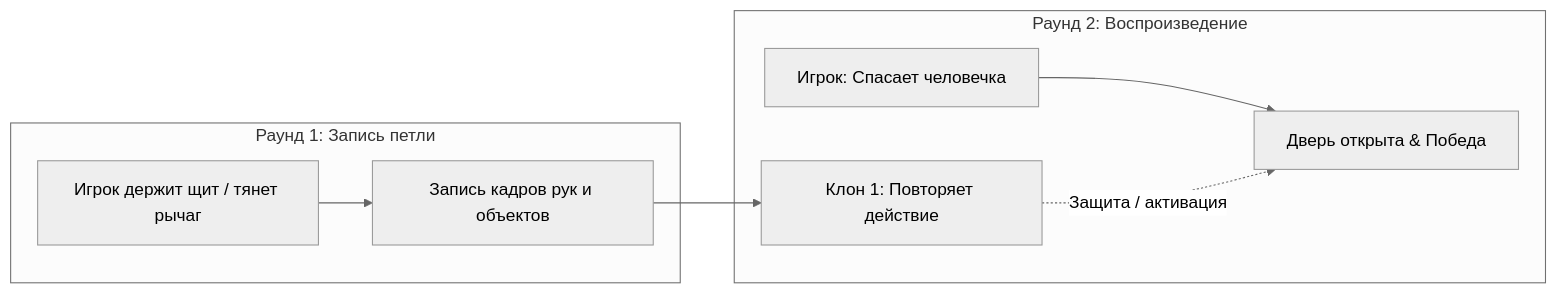
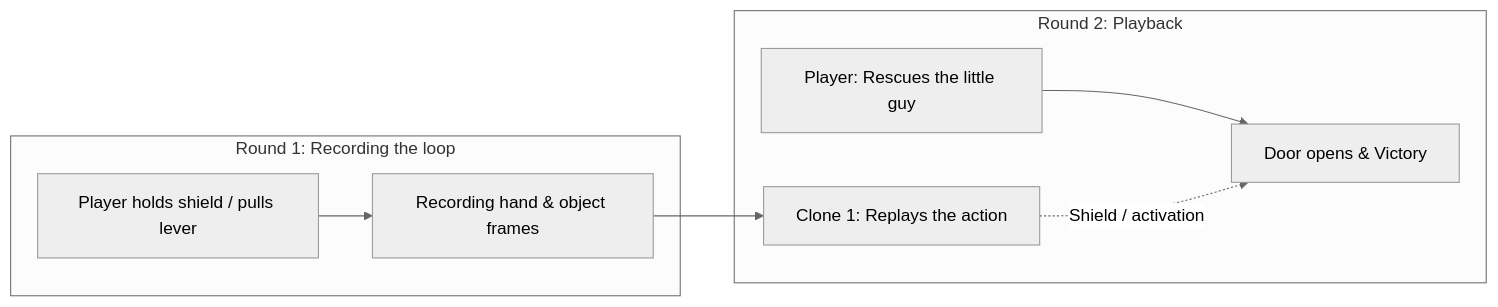
One commit to UNI-ROOM/admit-hackathon-2026 changed the diagram in README.md. Above: the diagram before and after it, drawn with Mermaid (neutral theme). The commit also changed other lines of this file and 17 other files, not shown here.

````diff
--- a/README.md
+++ b/README.md
@@ -51,11 +51,11 @@
 ```mermaid
 flowchart LR
-    subgraph Round1 [Раунд 1: Запись петли]
-        A[Игрок держит щит / тянет рычаг] --> B[Запись кадров рук и объектов]
+    subgraph Round1 [Round 1: Recording the loop]
+        A[Player holds shield / pulls lever] --> B[Recording hand & object frames]
     end
-    subgraph Round2 [Раунд 2: Воспроизведение]
-        B --> C[Клон 1: Повторяет действие]
-        D[Игрок: Спасает человечка] --> E[Дверь открыта & Победа]
-        C -. Защита / активация .-> E
+    subgraph Round2 [Round 2: Playback]
+        B --> C[Clone 1: Replays the action]
+        D[Player: Rescues the little guy] --> E[Door opens & Victory]
+        C -. Shield / activation .-> E
     end
 ```
````
